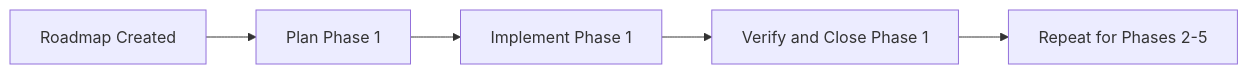
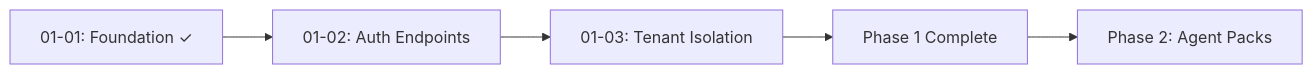
One commit to hungphongtrn/minerva changed the diagram in .planning/STATE.md. Above: the diagram before and after it, drawn with Mermaid. The commit also changed other lines of this file and 1 other file, not shown here.

First line of the commit message:
docs(01-01): complete identity and policy baseline plan

````diff
--- a/.planning/STATE.md
+++ b/.planning/STATE.md
@@ -18,7 +18,7 @@
 ```mermaid
 flowchart LR
-  S1[Roadmap Created] --> S2[Plan Phase 1]
-  S2 --> S3[Implement Phase 1]
-  S3 --> S4[Verify and Close Phase 1]
-  S4 --> S5[Repeat for Phases 2-5]
+  S1[01-01: Foundation ✓] --> S2[01-02: Auth Endpoints]
+  S2 --> S3[01-03: Tenant Isolation]
+  S3 --> S4[Phase 1 Complete]
+  S4 --> S5[Phase 2: Agent Packs]
 ```
````
